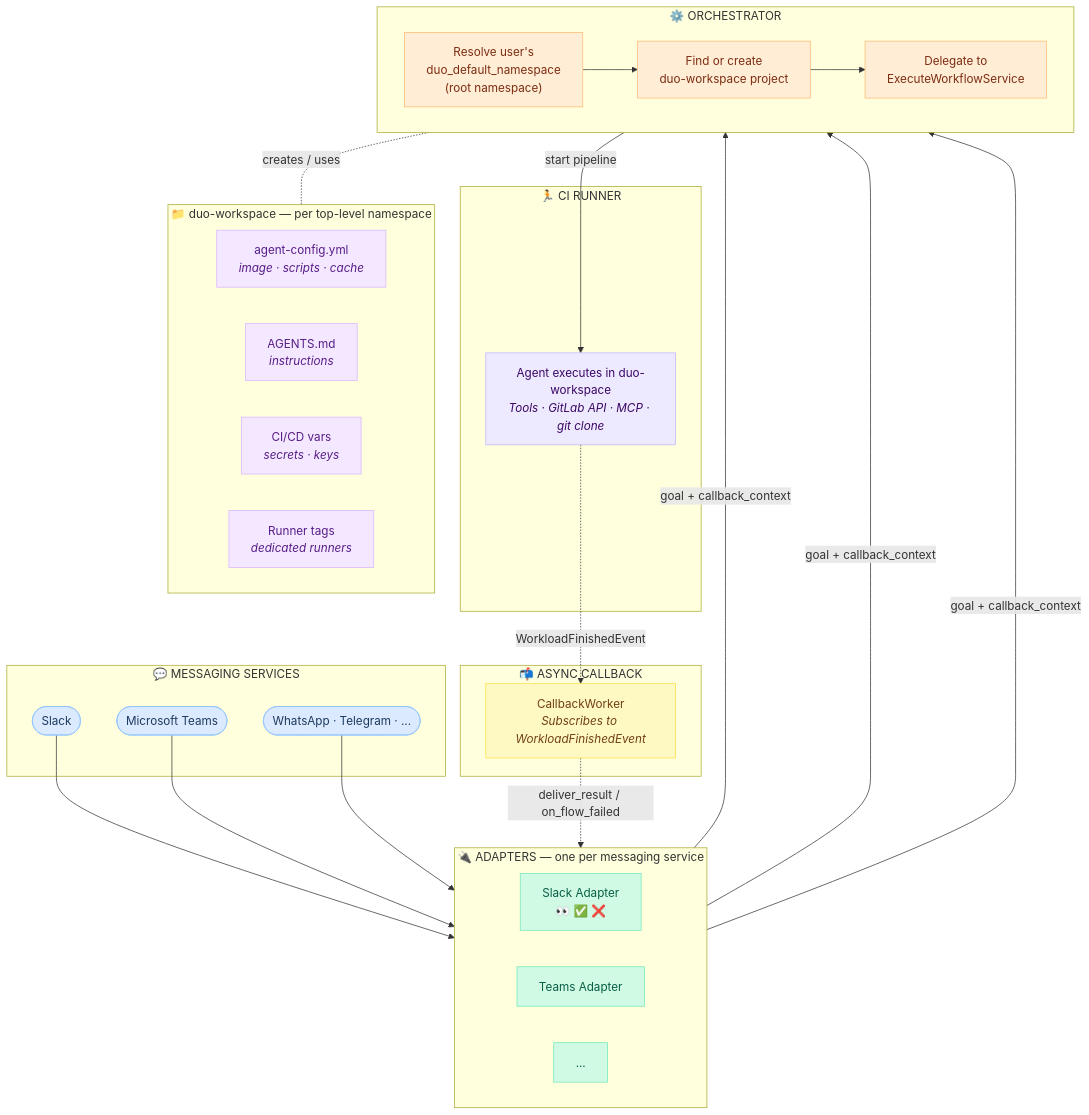
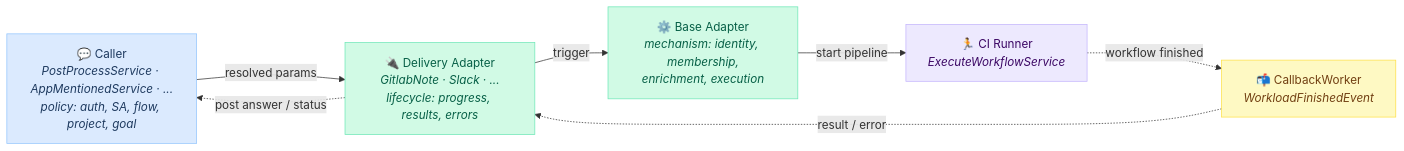
One commit to kyama0/gitlab-handbook-ja changed the first of 3 diagrams in content/handbook/engineering/architecture/design-documents/duo_workflow/decisions/008_duo_messaging_service.md. Above: the diagram before and after it, drawn with Mermaid. The commit also changed other lines of this file and 10 other files, not shown here.

````diff
--- a/content/handbook/engineering/architecture/design-documents/duo_workflow/decisions/008_duo_messaging_service.md
+++ b/content/handbook/engineering/architecture/design-documents/duo_workflow/decisions/008_duo_messaging_service.md
@@ -48,60 +50,25 @@
 ```mermaid
-graph TB
-    classDef messaging fill:#dbeafe,stroke:#93c5fd,color:#1e3a5f
+graph LR
+    classDef surface fill:#dbeafe,stroke:#93c5fd,color:#1e3a5f
     classDef adapter fill:#d1fae5,stroke:#6ee7b7,color:#065f46
-    classDef orchestrator fill:#ffedd5,stroke:#fdba74,color:#7c2d12
     classDef execution fill:#ede9fe,stroke:#c4b5fd,color:#3b0764
     classDef callback fill:#fef9c3,stroke:#fde047,color:#713f12
-    classDef workspace fill:#f3e8ff,stroke:#d8b4fe,color:#581c87
 
-    subgraph MSG["💬 MESSAGING SERVICES"]
-        Slack(["Slack"])
-        MTeams(["Microsoft Teams"])
-        Others(["WhatsApp · Telegram · ..."])
-    end
+    Caller["💬 Caller<br/><i>PostProcessService · AppMentionedService · ...</i><br/><i>policy: auth, SA, flow, project, goal</i>"]
+    Adapter["🔌 Delivery Adapter<br/><i>GitlabNote · Slack · ...</i><br/><i>lifecycle: progress, results, errors</i>"]
+    Base["⚙️ Base Adapter<br/><i>mechanism: identity, membership,<br/>enrichment, execution</i>"]
+    CI["🏃 CI Runner<br/><i>ExecuteWorkflowService</i>"]
+    CW["📬 CallbackWorker<br/><i>WorkloadFinishedEvent</i>"]
 
-    subgraph ADAPT["🔌 ADAPTERS — one per messaging service"]
-        direction LR
-        SA["Slack Adapter<br/>👀 ✅ ❌"]
-        TA["Teams Adapter"]
-        OA["..."]
-    end
+    Caller -->|"resolved params"| Adapter
+    Adapter -->|"trigger"| Base
+    Base -->|"start pipeline"| CI
+    CI -.->|"workflow finished"| CW
+    CW -.->|"result / error"| Adapter
+    Adapter -.->|"post answer / status"| Caller
 
-    subgraph ORCH["⚙️ ORCHESTRATOR"]
-        direction LR
-        O1["Resolve user's<br/>duo_default_namespace<br/>(root namespace)"] --> O2["Find or create<br/>duo-workspace project"] --> O3["Delegate to<br/>ExecuteWorkflowService"]
-    end
-
-    subgraph EXEC["🏃 CI RUNNER"]
-        CI["Agent executes in duo-workspace<br/><i>Tools · GitLab API · MCP · git clone</i>"]
-    end
-
-    subgraph CBGRP["📬 ASYNC CALLBACK"]
-        CW["CallbackWorker<br/><i>Subscribes to WorkloadFinishedEvent</i>"]
-    end
-
-    subgraph WS["📁 duo-workspace — per top-level namespace"]
-        direction LR
-        W1["agent-config.yml<br/><i>image · scripts · cache</i>"]
-        W2["AGENTS.md<br/><i>instructions</i>"]
-        W3["CI/CD vars<br/><i>secrets · keys</i>"]
-        W4["Runner tags<br/><i>dedicated runners</i>"]
-    end
-
-    Slack --> SA
-    MTeams --> TA
-    Others --> OA
-
-    SA & TA & OA -->|"goal + callback_context"| ORCH
-    O3 -->|"start pipeline"| CI
-    CI -.->|"WorkloadFinishedEvent"| CW
-    CW -.->|"deliver_result / on_flow_failed"| ADAPT
-    O2 -.-|"creates / uses"| WS
-
-    class Slack,MTeams,Others messaging
-    class SA,TA,OA adapter
-    class O1,O2,O3 orchestrator
+    class Caller surface
+    class Adapter,Base adapter
     class CI execution
     class CW callback
-    class W1,W2,W3,W4 workspace
 ```
````
